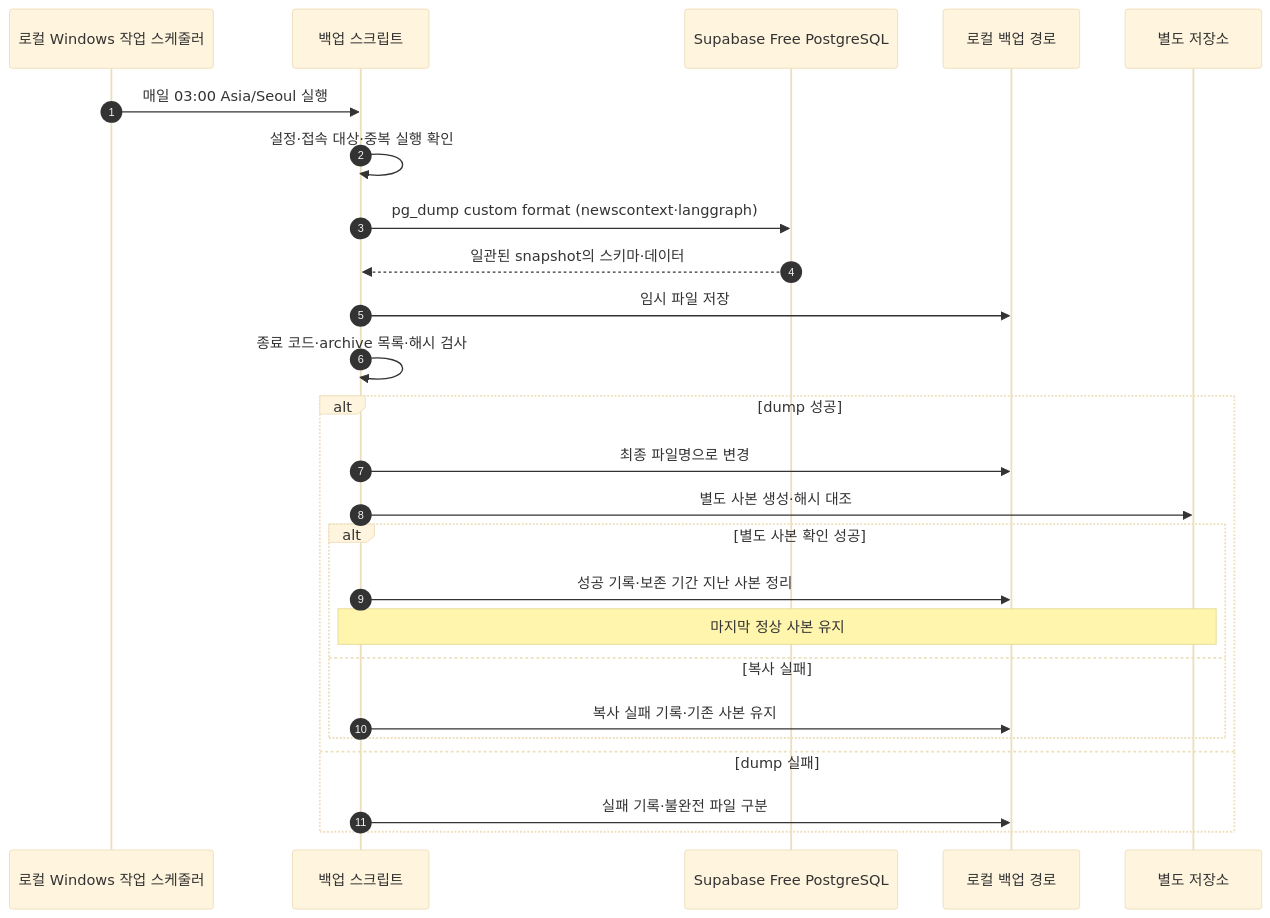
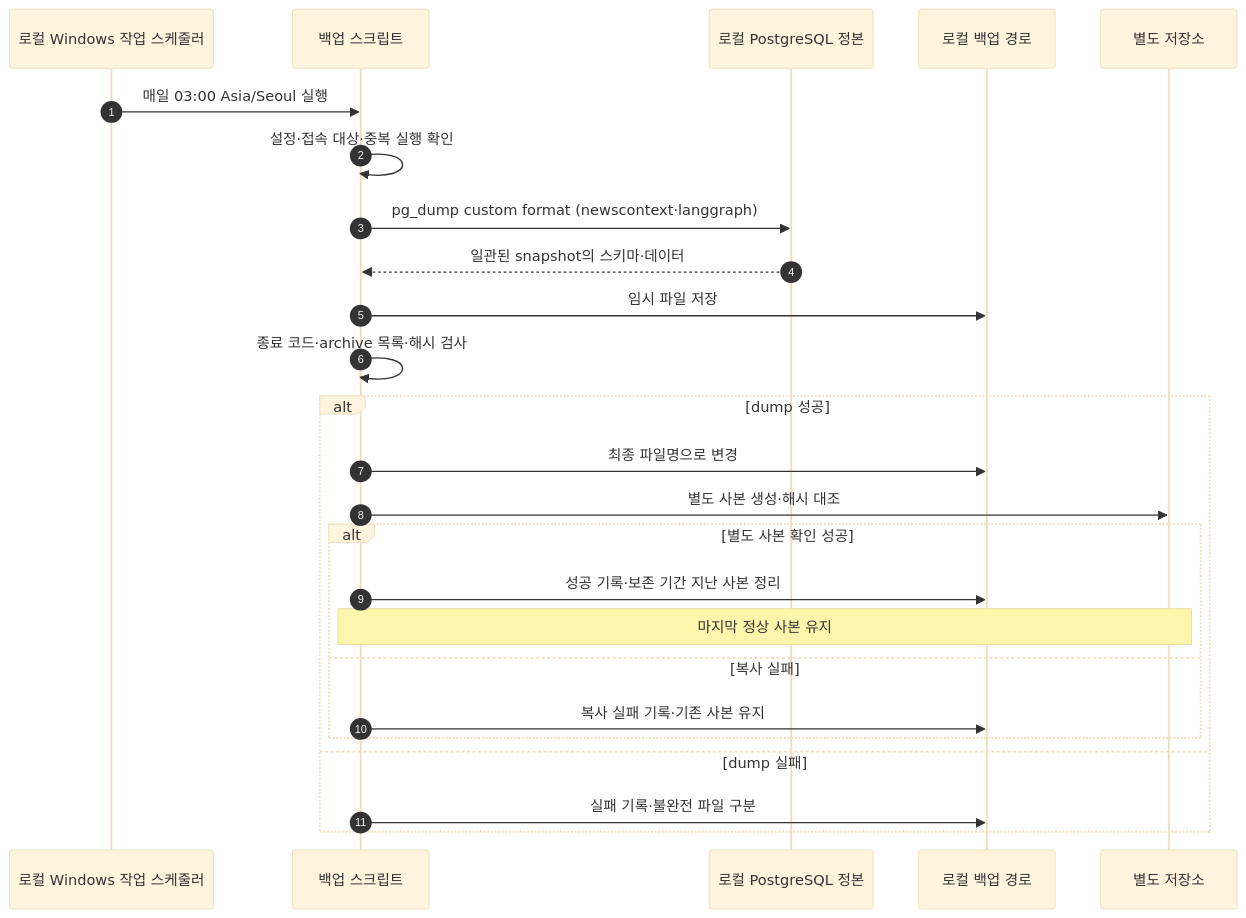
Before and after one commit to mykim711231/NewsContext: diagram 15 of 17 in docs/sequences.md, drawn with Mermaid (base theme). The commit also changed other lines of this file and 11 other files, not shown here.

First line of the commit message:
docs: store KG in local PostgreSQL graph tables, drop Neo4j

````diff
--- a/docs/sequences.md
+++ b/docs/sequences.md
@@ -568,27 +567,27 @@
 ```mermaid
 sequenceDiagram
     autonumber
     participant Scheduler as 로컬 Windows 작업 스케줄러
     participant Backup as 백업 스크립트
-    participant DB as Supabase Free PostgreSQL
+    participant DB as 로컬 PostgreSQL 정본
     participant Disk as 로컬 백업 경로
     participant Copy as 별도 저장소
     Scheduler->>Backup: 매일 03:00 Asia/Seoul 실행
     Backup->>Backup: 설정·접속 대상·중복 실행 확인
     Backup->>DB: pg_dump custom format (newscontext·langgraph)
     DB-->>Backup: 일관된 snapshot의 스키마·데이터
     Backup->>Disk: 임시 파일 저장
     Backup->>Backup: 종료 코드·archive 목록·해시 검사
     alt dump 성공
         Backup->>Disk: 최종 파일명으로 변경
         Backup->>Copy: 별도 사본 생성·해시 대조
         alt 별도 사본 확인 성공
             Backup->>Disk: 성공 기록·보존 기간 지난 사본 정리
             Note over Backup,Copy: 마지막 정상 사본 유지
         else 복사 실패
             Backup->>Disk: 복사 실패 기록·기존 사본 유지
         end
     else dump 실패
         Backup->>Disk: 실패 기록·불완전 파일 구분
     end
 ```
````
